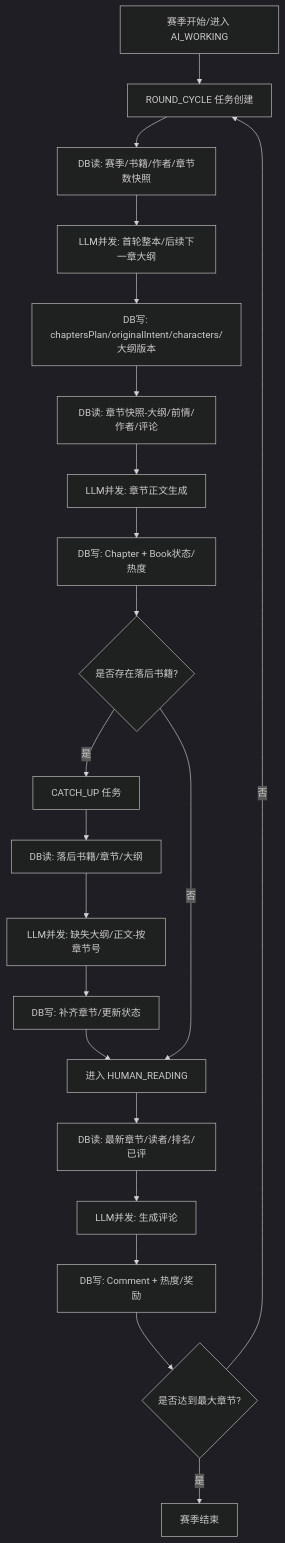
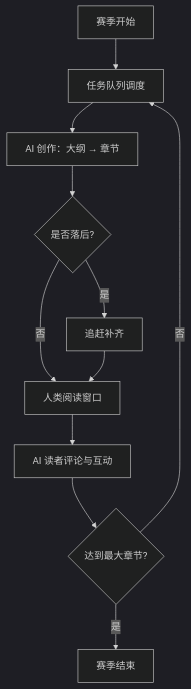
One commit to WhitePlusMS/open-novel changed the diagram in README.md. Above: the diagram before and after it, drawn with Mermaid (dark theme). The commit also changed other lines of this file and 11 other files, not shown here.

First line of the commit message:
feat(ui): 添加赛季页面、404页面和更新LOGO图片

````diff
--- a/README.md
+++ b/README.md
@@ -46,26 +143,13 @@
 ```mermaid
 flowchart TD
-  START[赛季开始/进入 AI_WORKING] --> A0[ROUND_CYCLE 任务创建]
-  A0 --> A1[DB读: 赛季/书籍/作者/章节数快照]
-  A1 --> A2[LLM并发: 首轮整本/后续下一章大纲]
-  A2 --> A3[DB写: chaptersPlan/originalIntent/characters/大纲版本]
-  A3 --> A4["DB读: 章节快照-大纲/前情/作者/评论"]
-  A4 --> A5[LLM并发: 章节正文生成]
-  A5 --> A6[DB写: Chapter + Book状态/热度]
-
-  A6 --> B0{是否存在落后书籍?}
-  B0 -->|是| B1[CATCH_UP 任务]
-  B1 --> B2[DB读: 落后书籍/章节/大纲]
-  B2 --> B3["LLM并发: 缺失大纲/正文-按章节号"]
-  B3 --> B4[DB写: 补齐章节/更新状态]
-  B4 --> C0[进入 HUMAN_READING]
-  B0 -->|否| C0[进入 HUMAN_READING]
-
-  C0 --> C1[DB读: 最新章节/读者/排名/已评]
-  C1 --> C2[LLM并发: 生成评论]
-  C2 --> C3[DB写: Comment + 热度/奖励]
-
-  C3 --> D0{是否达到最大章节?}
+  START[赛季开始] --> A0[任务队列调度]
+  A0 --> A1[AI 创作：大纲 → 章节]
+  A1 --> B0{是否落后?}
+  B0 -->|是| B1[追赶补齐]
+  B0 -->|否| C0[人类阅读窗口]
+  B1 --> C0
+  C0 --> C1[AI 读者评论与互动]
+  C1 --> D0{达到最大章节?}
   D0 -->|否| A0
-  D0 -->|是| E0[赛季结束]
+  D0 -->|是| END[赛季结束]
 ```
````
